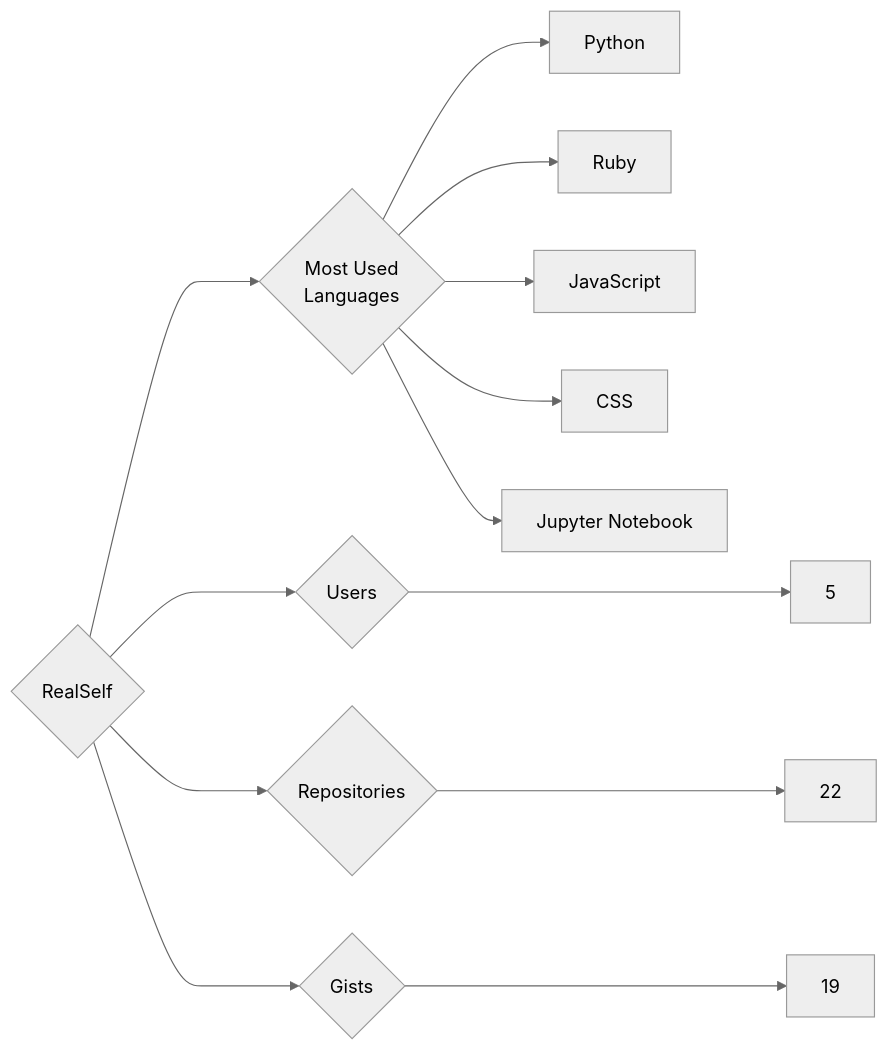
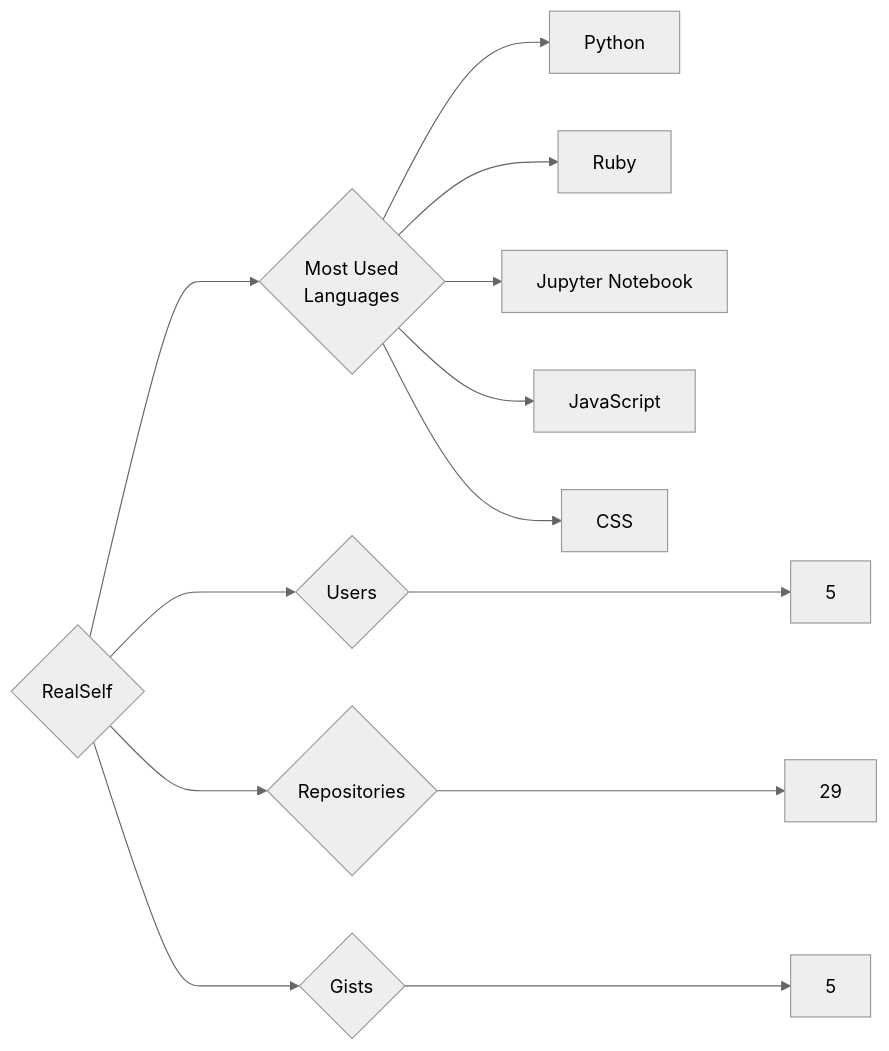
One commit to trickest/insiders changed the diagram in targets/RealSelf/README.md. Above: the diagram before and after it, drawn with Mermaid (neutral theme). The commit also changed 969 other files, not shown here.

````diff
--- a/targets/RealSelf/README.md
+++ b/targets/RealSelf/README.md
@@ -3,13 +3,13 @@
 ```mermaid
 graph LR
 COMPANY_NAME{RealSelf}
 COMPANY_NAME ---> U{Users} ---> UN[5]
-COMPANY_NAME ---> R{Repositories} ---> RN[22]
-COMPANY_NAME ---> G{Gists} ---> GN[19]
+COMPANY_NAME ---> R{Repositories} ---> RN[29]
+COMPANY_NAME ---> G{Gists} ---> GN[5]
 COMPANY_NAME ---> ML{Most Used<br>Languages}
 ML --> Python[Python]
 ML --> Ruby[Ruby]
+ML --> Jupyter_Notebook[Jupyter Notebook]
 ML --> JavaScript[JavaScript]
 ML --> CSS[CSS]
-ML --> Jupyter_Notebook[Jupyter Notebook]
 ```
````
